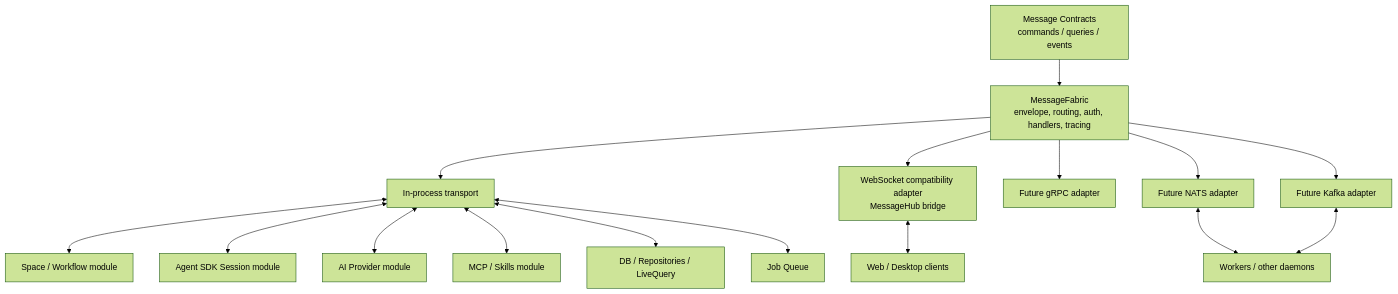
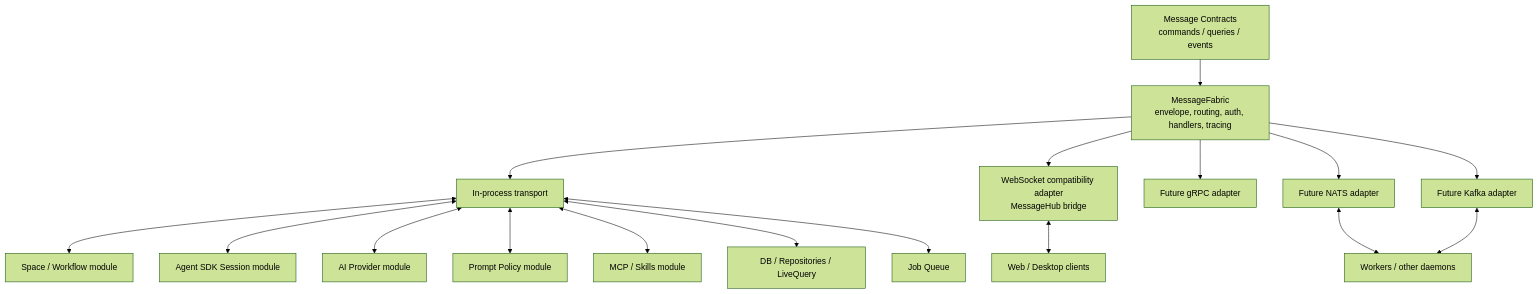
The diagram in docs/architecture/target-architecture/unified-message-fabric-design.md (lsm/HyperNeo), drawn with Mermaid (forest theme) before and after one commit. The commit also changed other lines of this file and 6 other files, not shown here.

Commit message:
docs: add prompt policy to target architecture

````diff
--- a/docs/architecture/target-architecture/unified-message-fabric-design.md
+++ b/docs/architecture/target-architecture/unified-message-fabric-design.md
@@ -71,37 +71,39 @@
 ```mermaid
 flowchart TD
   Contracts["Message Contracts<br/>commands / queries / events"]
   Fabric["MessageFabric<br/>envelope, routing, auth, handlers, tracing"]
 
   InProc["In-process transport"]
   WS["WebSocket compatibility adapter<br/>MessageHub bridge"]
   GRPC["Future gRPC adapter"]
   NATS["Future NATS adapter"]
   Kafka["Future Kafka adapter"]
 
   Space["Space / Workflow module"]
   Sessions["Agent SDK Session module"]
   Providers["AI Provider module"]
+  PromptPolicy["Prompt Policy module"]
   MCP["MCP / Skills module"]
   DB["DB / Repositories / LiveQuery"]
   Jobs["Job Queue"]
   Client["Web / Desktop clients"]
   Workers["Workers / other daemons"]
 
   Contracts --> Fabric
   Fabric --> InProc
   Fabric --> WS
   Fabric --> GRPC
   Fabric --> NATS
   Fabric --> Kafka
 
   InProc <--> Space
   InProc <--> Sessions
   InProc <--> Providers
+  InProc <--> PromptPolicy
   InProc <--> MCP
   InProc <--> DB
   InProc <--> Jobs
   WS <--> Client
   NATS <--> Workers
   Kafka <--> Workers
 ```
````
